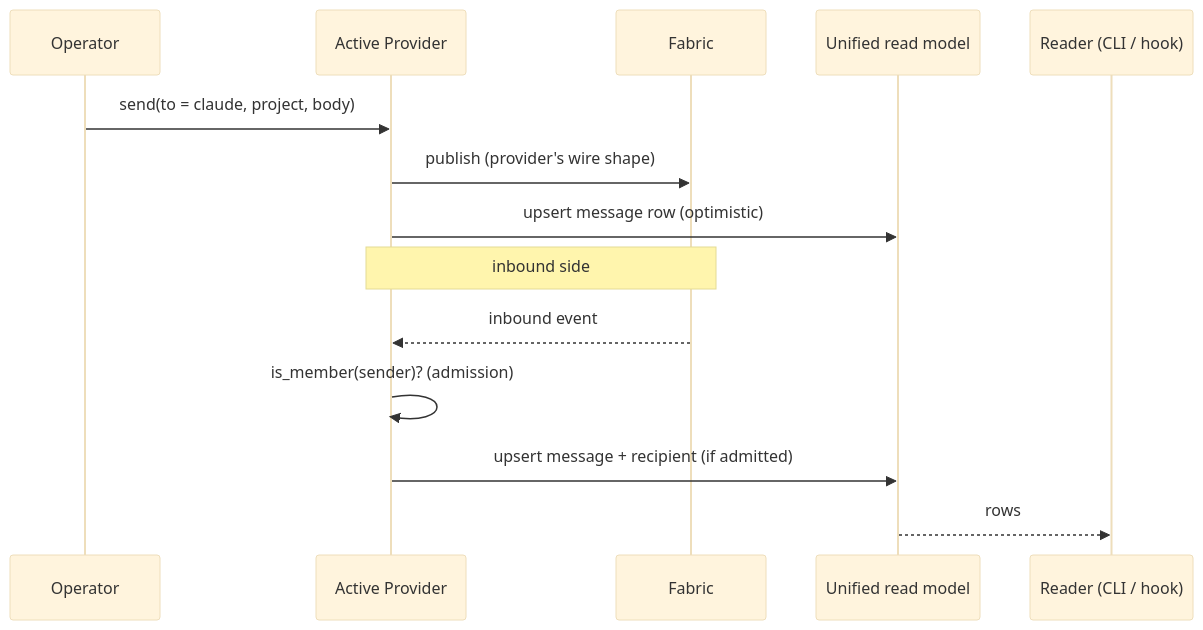
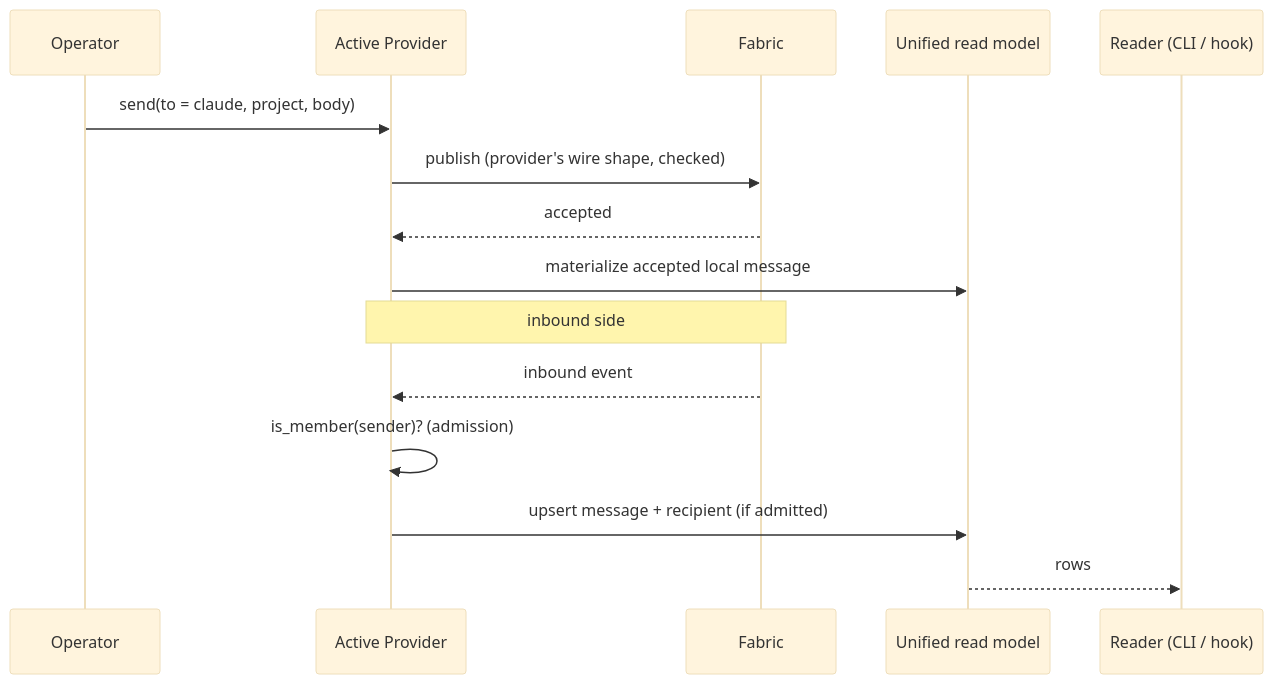
The sixth of 6 diagrams in docs/fabric-architecture.md (pablof7z/tenex-edge), drawn with Mermaid (base theme) before and after one commit. The commit also changed other lines of this file and 16 other files, not shown here.

````diff
--- a/docs/fabric-architecture.md
+++ b/docs/fabric-architecture.md
@@ -366,19 +368,20 @@
 ```mermaid
 sequenceDiagram
     participant ME as Operator
     participant P as Active Provider
     participant FAB as Fabric
     participant STORE as Unified read model
     participant RD as Reader (CLI / hook)
 
     ME->>P: send(to = claude, project, body)
-    P->>FAB: publish (provider's wire shape)
-    P->>STORE: upsert message row (optimistic)
+    P->>FAB: publish (provider's wire shape, checked)
+    FAB-->>P: accepted
+    P->>STORE: materialize accepted local message
 
     Note over FAB,P: inbound side
     FAB-->>P: inbound event
     P->>P: is_member(sender)?  (admission)
     P->>STORE: upsert message + recipient (if admitted)
 
     STORE-->>RD: rows
 ```
````
